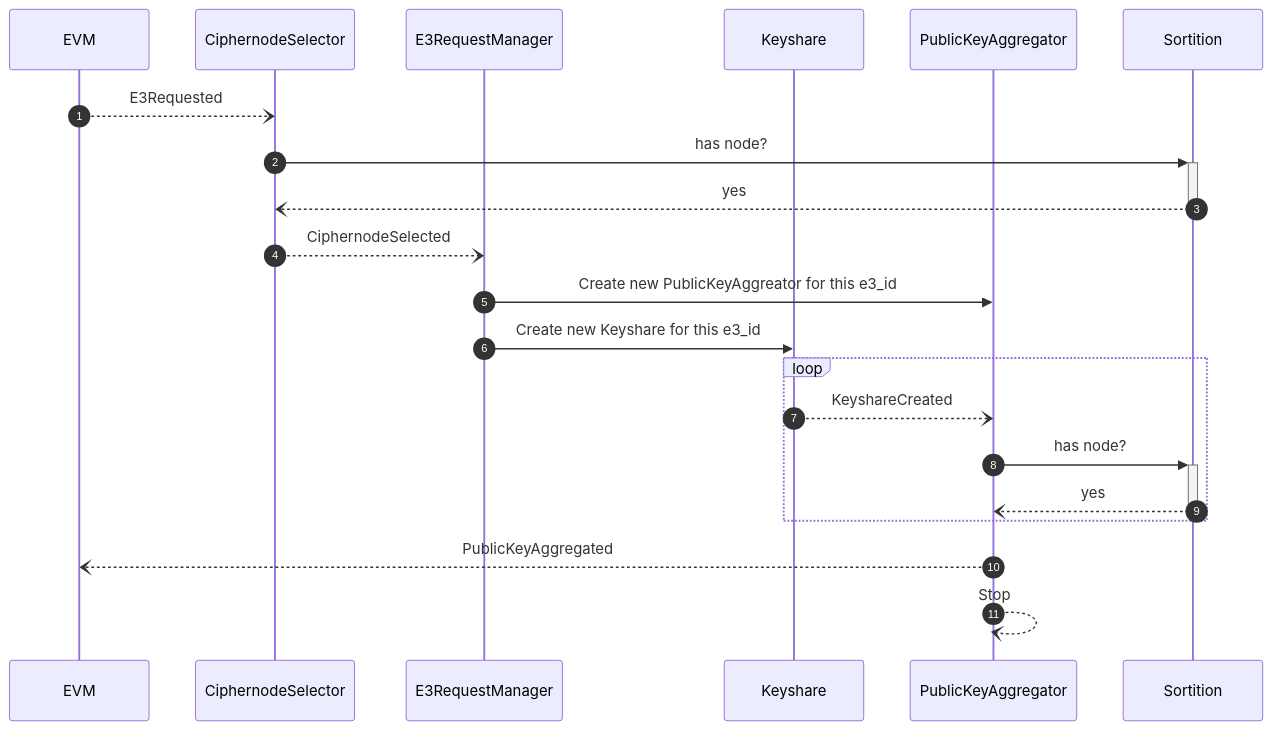
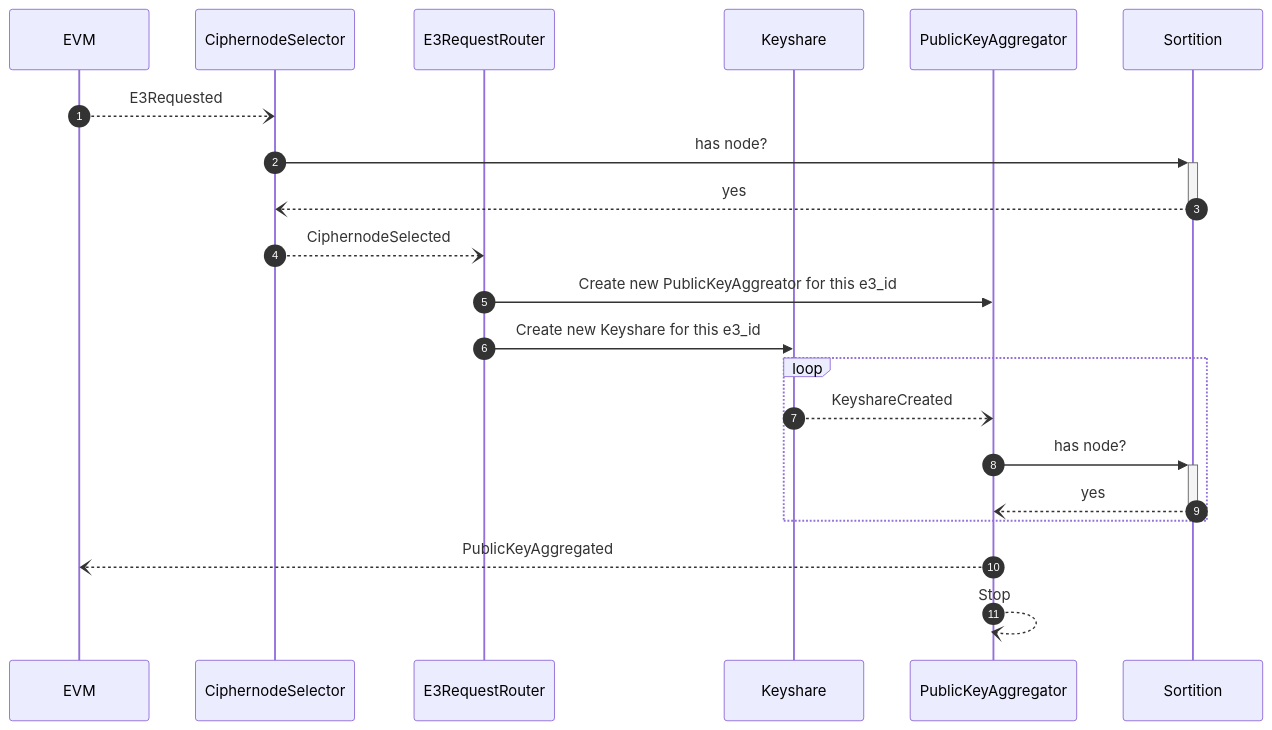
Before and after one commit to gnosisguild/enclave: the first of 2 diagrams in packages/ciphernode/README.md, drawn with Mermaid. The commit also changed other lines of this file and 12 other files, not shown here.

Commit message:
Tidy up request router

````diff
--- a/packages/ciphernode/README.md
+++ b/packages/ciphernode/README.md
@@ -3,24 +3,24 @@
 ```mermaid
 sequenceDiagram
     autonumber
     participant EVM as EVM
     participant CS as CiphernodeSelector
-    participant E3 as E3RequestManager
+    participant E3 as E3RequestRouter
     participant KS as Keyshare
     participant PKA as PublicKeyAggregator
     participant S as Sortition
     
     EVM--)CS: E3Requested 
     CS->>+S: has node?
     S--)-CS: yes
     CS--)E3: CiphernodeSelected
     E3->>PKA: Create new PublicKeyAggreator for this e3_id
     E3->>KS: Create new Keyshare for this e3_id
     loop
         KS--)PKA: KeyshareCreated
         PKA->>+S: has node?
         S--)-PKA: yes
     end
     PKA--)EVM: PublicKeyAggregated
     PKA--)PKA: Stop
 ```
````
